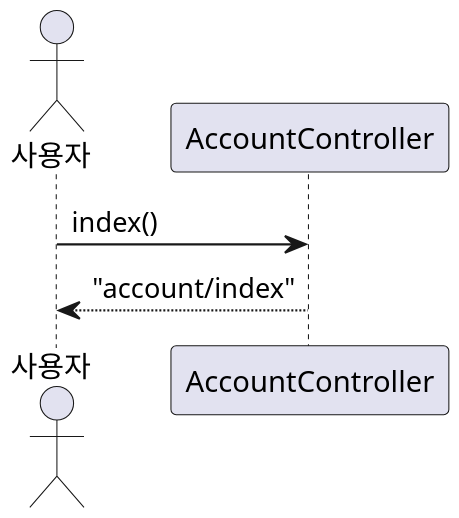
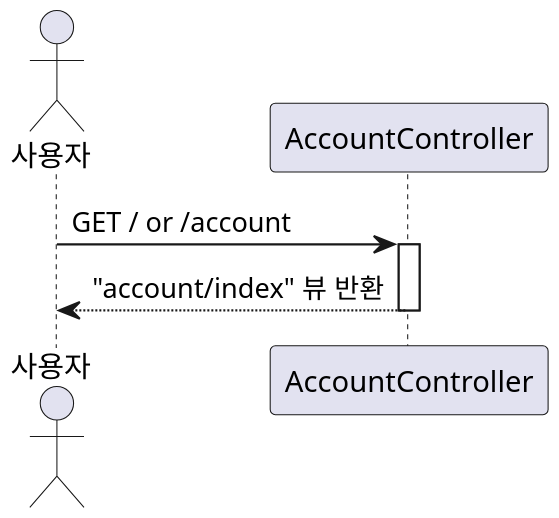
One commit to leekh4232/study-myshop changed the diagram in uml/AccountController/index_Sequence.puml. Above: the diagram before and after it, drawn with PlantUML. The commit also changed 144 other files, not shown here.

```diff
--- a/uml/AccountController/index_Sequence.puml
+++ b/uml/AccountController/index_Sequence.puml
@@ -1,8 +1,12 @@
 @startuml
 skinparam dpi 200
-actor 사용자
+
+actor Actor as "사용자"
 participant AccountController
 
-사용자 -> AccountController : index()
-AccountController --> 사용자 : "account/index"
+Actor -> AccountController: GET / or /account
+activate AccountController
+AccountController --> Actor: "account/index" 뷰 반환
+deactivate AccountController
+
 @enduml
```
